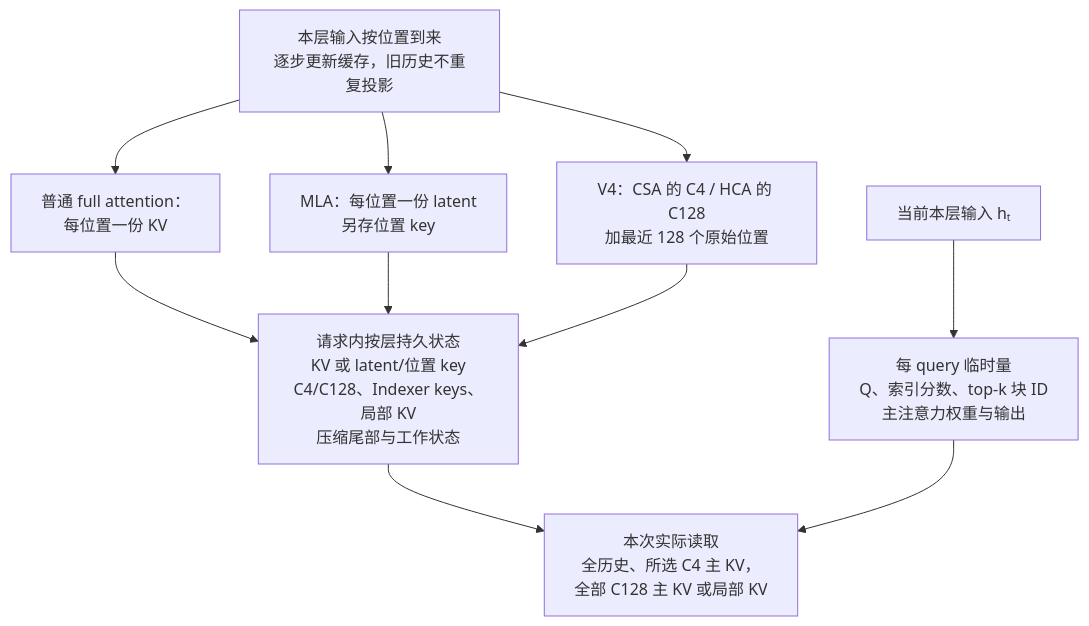
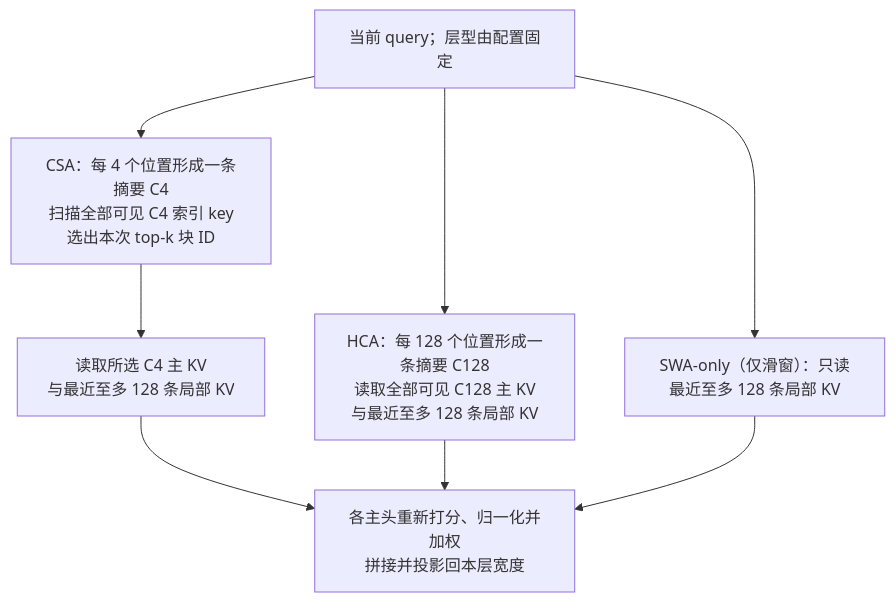
The first of 3 diagrams in ai-engineering/foundations/long-context-attention.md (Negronii/MyNotes), drawn with Mermaid before and after one commit. The commit also changed other lines of this file and 26 other files, not shown here.

Commit message:
Clarify AI architecture scope and strengthen reader-focused review

````diff
--- a/ai-engineering/foundations/long-context-attention.md
+++ b/ai-engineering/foundations/long-context-attention.md
@@ -12,12 +22,10 @@
 ```mermaid
 flowchart TD
-    HIST["本层输入按位置到来<br/>逐步更新缓存，旧历史不重复投影"] --> FULL["普通 full attention：<br/>每位置一份 KV"]
-    HIST --> LATENT["MLA：每位置一份 latent<br/>另存位置 key"]
-    HIST --> COMP["V4：CSA 的 C4 / HCA 的 C128<br/>加最近 128 个原始位置"]
-    FULL --> PERSIST
-    LATENT --> PERSIST
-    COMP --> PERSIST["请求内按层持久状态<br/>KV 或 latent/位置 key<br/>C4/C128、Indexer keys、局部 KV<br/>压缩尾部与工作状态"]
-    CUR["当前本层输入 hₜ"] --> QUERY["每 query 临时量<br/>Q、索引分数、top-k 块 ID<br/>主注意力权重与输出"]
-    PERSIST --> READ["本次实际读取<br/>全历史、所选 C4 主 KV，<br/>全部 C128 主 KV 或局部 KV"]
-    QUERY --> READ
+    Q["当前 query；层型由配置固定"] --> CSA["CSA：每 4 个位置形成一条摘要 C4<br/>扫描全部可见 C4 索引 key<br/>选出本次 top-k 块 ID"]
+    CSA --> C4["读取所选 C4 主 KV<br/>与最近至多 128 条局部 KV"]
+    Q --> HCA["HCA：每 128 个位置形成一条摘要 C128<br/>读取全部可见 C128 主 KV<br/>与最近至多 128 条局部 KV"]
+    Q --> SWA["SWA-only（仅滑窗）：只读最近至多 128 条局部 KV"]
+    C4 --> ATT["各主头重新打分、归一化并加权<br/>拼接并投影回本层宽度"]
+    HCA --> ATT
+    SWA --> ATT
 ```
````
